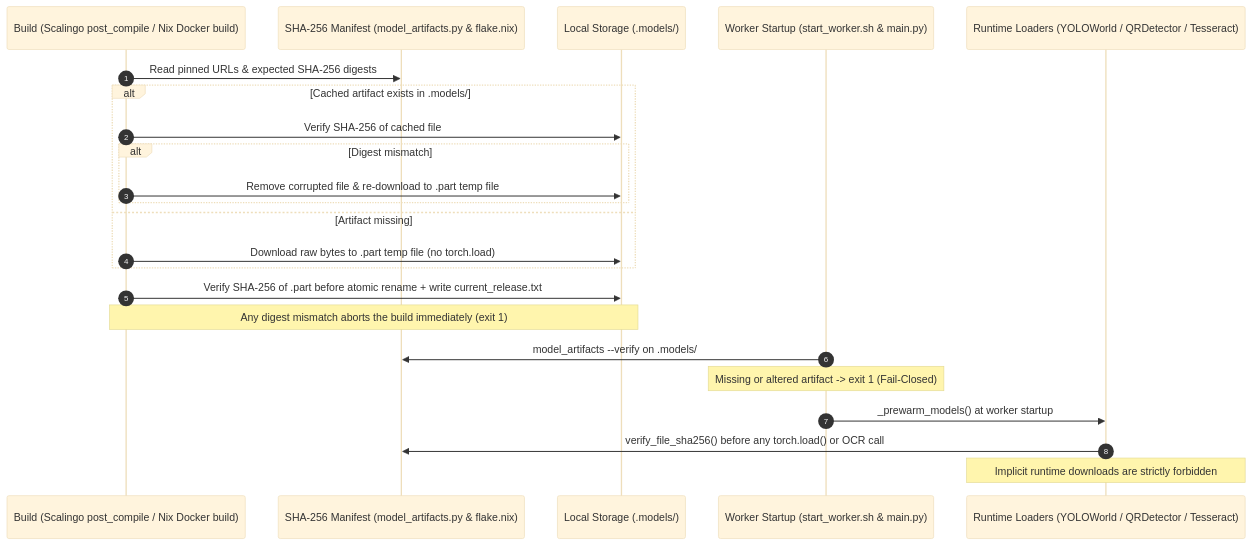
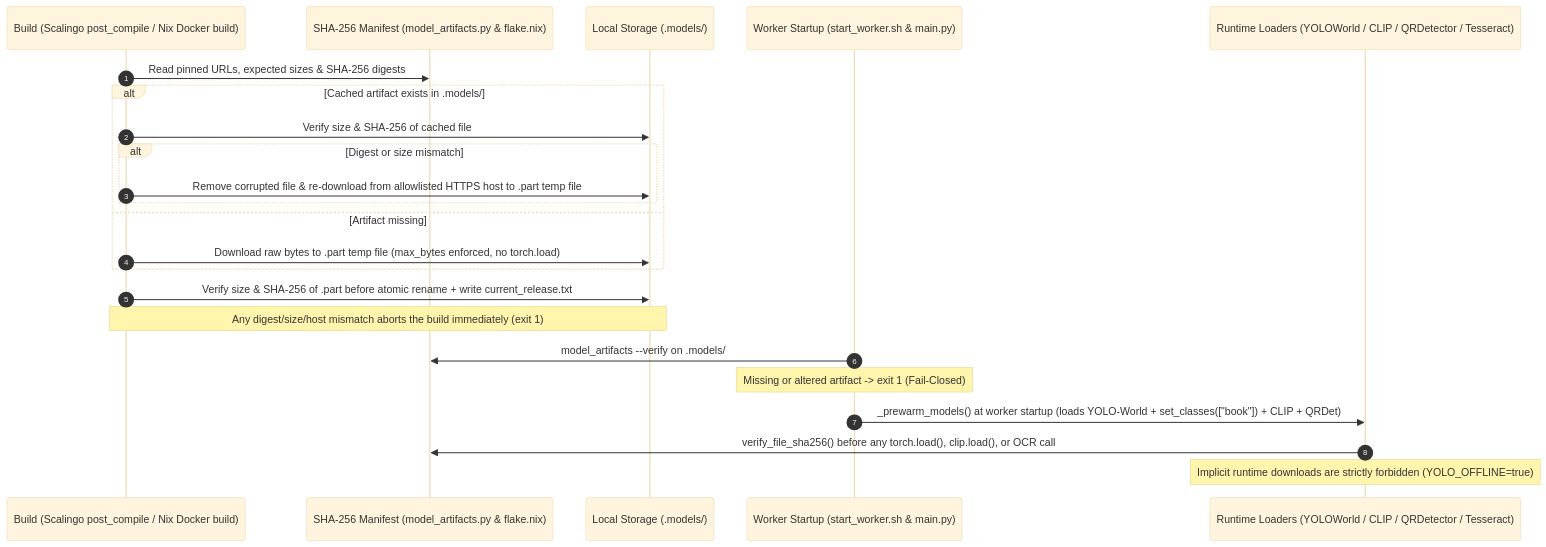
One commit to etalab-ia/document-ia changed the diagram in docs/DEPLOYMENT_ARTIFACTS_VERIFICATION.md. Above: the diagram before and after it, drawn with Mermaid (base theme). The commit also changed other lines of this file and 19 other files, not shown here.

````diff
--- a/docs/DEPLOYMENT_ARTIFACTS_VERIFICATION.md
+++ b/docs/DEPLOYMENT_ARTIFACTS_VERIFICATION.md
@@ -43,27 +49,27 @@
 ```mermaid
 sequenceDiagram
     autonumber
     participant Build as Build (Scalingo post_compile / Nix Docker build)
     participant Manifest as SHA-256 Manifest (model_artifacts.py & flake.nix)
     participant Store as Local Storage (.models/)
     participant Boot as Worker Startup (start_worker.sh & main.py)
-    participant Loader as Runtime Loaders (YOLOWorld / QRDetector / Tesseract)
+    participant Loader as Runtime Loaders (YOLOWorld / CLIP / QRDetector / Tesseract)
 
-    Build->>Manifest: Read pinned URLs & expected SHA-256 digests
+    Build->>Manifest: Read pinned URLs, expected sizes & SHA-256 digests
     alt Cached artifact exists in .models/
-        Build->>Store: Verify SHA-256 of cached file
-        alt Digest mismatch
-            Build->>Store: Remove corrupted file & re-download to .part temp file
+        Build->>Store: Verify size & SHA-256 of cached file
+        alt Digest or size mismatch
+            Build->>Store: Remove corrupted file & re-download from allowlisted HTTPS host to .part temp file
         end
     else Artifact missing
-        Build->>Store: Download raw bytes to .part temp file (no torch.load)
+        Build->>Store: Download raw bytes to .part temp file (max_bytes enforced, no torch.load)
     end
-    Build->>Store: Verify SHA-256 of .part before atomic rename + write current_release.txt
-    Note over Build,Store: Any digest mismatch aborts the build immediately (exit 1)
+    Build->>Store: Verify size & SHA-256 of .part before atomic rename + write current_release.txt
+    Note over Build,Store: Any digest/size/host mismatch aborts the build immediately (exit 1)
 
     Boot->>Manifest: model_artifacts --verify on .models/
     Note over Boot: Missing or altered artifact -> exit 1 (Fail-Closed)
-    Boot->>Loader: _prewarm_models() at worker startup
-    Loader->>Manifest: verify_file_sha256() before any torch.load() or OCR call
-    Note over Loader: Implicit runtime downloads are strictly forbidden
+    Boot->>Loader: _prewarm_models() at worker startup (loads YOLO-World + set_classes(["book"]) + CLIP + QRDet)
+    Loader->>Manifest: verify_file_sha256() before any torch.load(), clip.load(), or OCR call
+    Note over Loader: Implicit runtime downloads are strictly forbidden (YOLO_OFFLINE=true)
 ```
````
